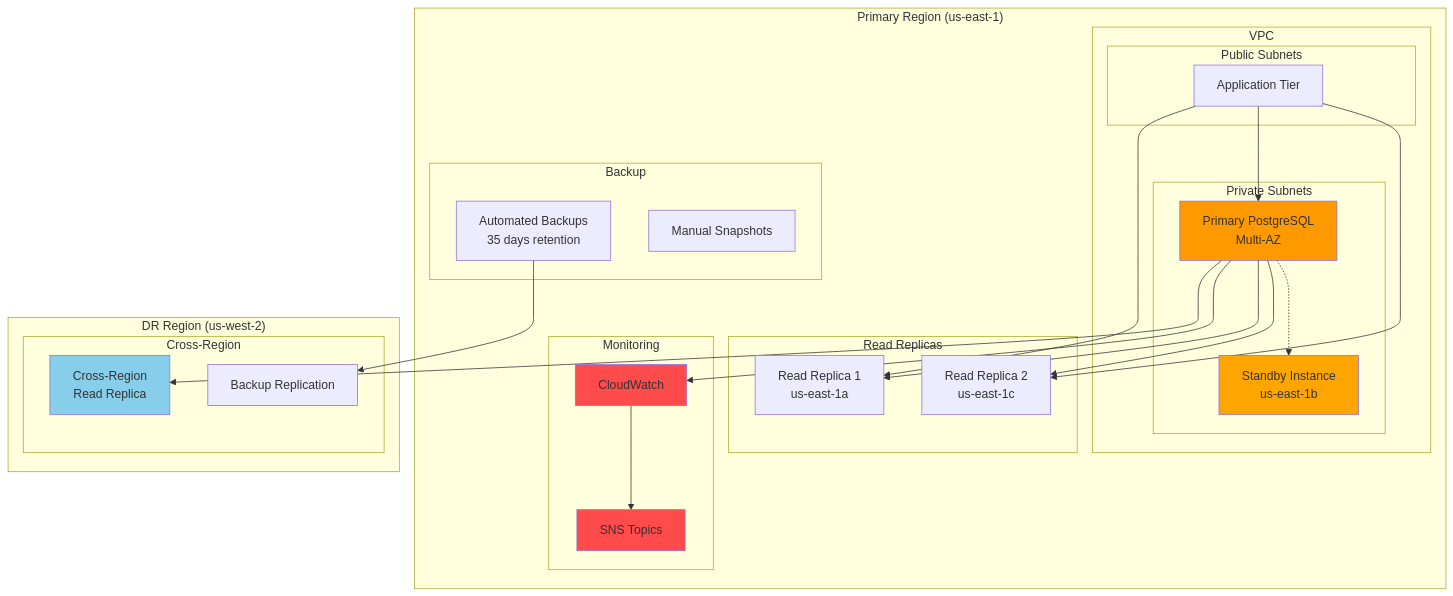
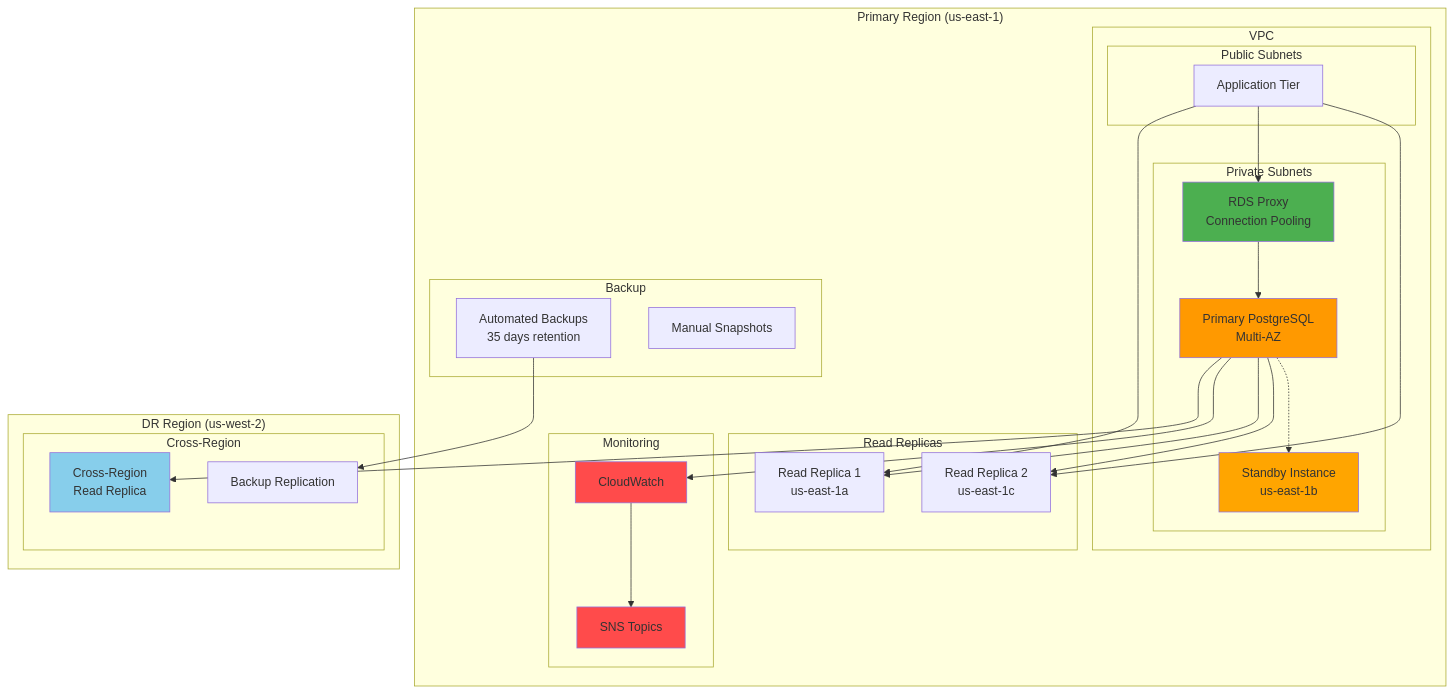
The diagram in aws/multi-az-postgresql-cluster/multi-az-postgresql-cluster.md (mzazon/awesome-cloud-projects), drawn with Mermaid before and after one commit. The commit also changed other lines of this file and 5581 other files, not shown here.

````diff
--- a/aws/multi-az-postgresql-cluster/multi-az-postgresql-cluster.md
+++ b/aws/multi-az-postgresql-cluster/multi-az-postgresql-cluster.md
@@ -30,53 +30,56 @@
 ```mermaid
 graph TB
     subgraph "Primary Region (us-east-1)"
         subgraph "VPC"
             subgraph "Private Subnets"
                 PRIM[Primary PostgreSQL<br/>Multi-AZ]
                 STANDBY[Standby Instance<br/>us-east-1b]
+                PROXY[RDS Proxy<br/>Connection Pooling]
             end
             subgraph "Public Subnets"
                 APP[Application Tier]
             end
         end
         
         subgraph "Read Replicas"
             READ1[Read Replica 1<br/>us-east-1a]
             READ2[Read Replica 2<br/>us-east-1c]
         end
         
         subgraph "Monitoring"
             CW[CloudWatch]
             SNS[SNS Topics]
         end
         
         subgraph "Backup"
             BACKUP[Automated Backups<br/>35 days retention]
             SNAPSHOT[Manual Snapshots]
         end
     end
     
     subgraph "DR Region (us-west-2)"
         subgraph "Cross-Region"
             CROSS[Cross-Region<br/>Read Replica]
             BACKUP_REPLICA[Backup Replication]
         end
     end
     
-    APP-->PRIM
+    APP-->PROXY
+    PROXY-->PRIM
     APP-->READ1
     APP-->READ2
     PRIM-.->STANDBY
     PRIM-->READ1
     PRIM-->READ2
     PRIM-->CROSS
     BACKUP-->BACKUP_REPLICA
     PRIM-->CW
     CW-->SNS
     
     style PRIM fill:#FF9900
     style STANDBY fill:#FFA500
     style CROSS fill:#87CEEB
+    style PROXY fill:#4CAF50
     style CW fill:#FF4B4B
     style SNS fill:#FF4B4B
 ```
````
